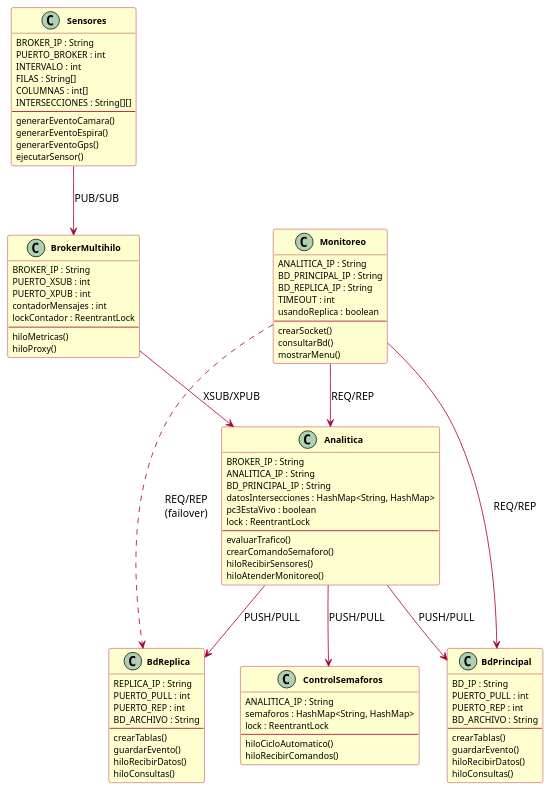
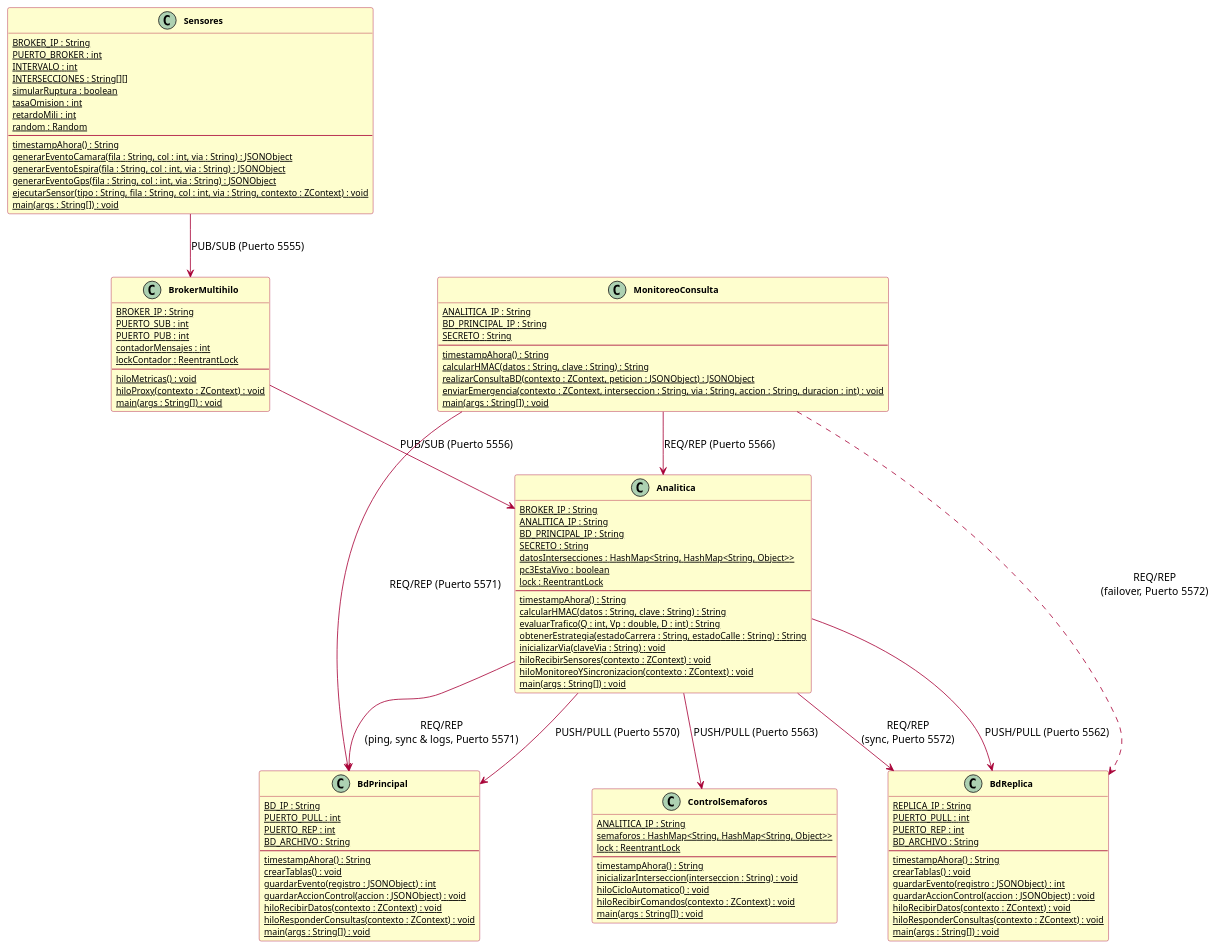
The diagram in diagramas/diagrama_clases.puml (Miguel4950/Distibuidos-Proyecto-1), drawn with PlantUML before and after one commit. The commit also changed 16 other files, not shown here.

Commit message:
update java source code diagrams and readme for delivery 2

```diff
--- a/diagramas/diagrama_clases.puml
+++ b/diagramas/diagrama_clases.puml
@@ -1,115 +1,137 @@
 @startuml diagrama_clases
 
 skinparam classAttributeIconSize 0
 skinparam classFontSize 13
 skinparam classAttributeFontSize 11
 skinparam classFontStyle bold
 skinparam backgroundColor white
 skinparam class {
     BackgroundColor #FEFECE
     BorderColor #A80036
     ArrowColor #A80036
 }
 
 ' ===================== PC1 =====================
 
 class Sensores {
-    BROKER_IP : String
-    PUERTO_BROKER : int
-    INTERVALO : int
-    FILAS : String[]
-    COLUMNAS : int[]
-    INTERSECCIONES : String[][]
+    {static} BROKER_IP : String
+    {static} PUERTO_BROKER : int
+    {static} INTERVALO : int
+    {static} INTERSECCIONES : String[][]
+    {static} simularRuptura : boolean
+    {static} tasaOmision : int
+    {static} retardoMili : int
+    {static} random : Random
     --
-    generarEventoCamara()
-    generarEventoEspira()
-    generarEventoGps()
-    ejecutarSensor()
+    {static} timestampAhora() : String
+    {static} generarEventoCamara(fila : String, col : int, via : String) : JSONObject
+    {static} generarEventoEspira(fila : String, col : int, via : String) : JSONObject
+    {static} generarEventoGps(fila : String, col : int, via : String) : JSONObject
+    {static} ejecutarSensor(tipo : String, fila : String, col : int, via : String, contexto : ZContext) : void
+    {static} main(args : String[]) : void
 }
 
 class BrokerMultihilo {
-    BROKER_IP : String
-    PUERTO_XSUB : int
-    PUERTO_XPUB : int
-    contadorMensajes : int
-    lockContador : ReentrantLock
+    {static} BROKER_IP : String
+    {static} PUERTO_SUB : int
+    {static} PUERTO_PUB : int
+    {static} contadorMensajes : int
+    {static} lockContador : ReentrantLock
     --
-    hiloMetricas()
-    hiloProxy()
+    {static} hiloMetricas() : void
+    {static} hiloProxy(contexto : ZContext) : void
+    {static} main(args : String[]) : void
 }
 
 ' ===================== PC2 =====================
 
 class Analitica {
-    BROKER_IP : String
-    ANALITICA_IP : String
-    BD_PRINCIPAL_IP : String
-    datosIntersecciones : HashMap<String, HashMap>
-    pc3EstaVivo : boolean
-    lock : ReentrantLock
+    {static} BROKER_IP : String
+    {static} ANALITICA_IP : String
+    {static} BD_PRINCIPAL_IP : String
+    {static} SECRETO : String
+    {static} datosIntersecciones : HashMap<String, HashMap<String, Object>>
+    {static} pc3EstaVivo : boolean
+    {static} lock : ReentrantLock
     --
-    evaluarTrafico()
-    crearComandoSemaforo()
-    hiloRecibirSensores()
-    hiloAtenderMonitoreo()
+    {static} timestampAhora() : String
+    {static} calcularHMAC(datos : String, clave : String) : String
+    {static} evaluarTrafico(Q : int, Vp : double, D : int) : String
+    {static} obtenerEstrategia(estadoCarrera : String, estadoCalle : String) : String
+    {static} inicializarVia(claveVia : String) : void
+    {static} hiloRecibirSensores(contexto : ZContext) : void
+    {static} hiloMonitoreoYSincronizacion(contexto : ZContext) : void
+    {static} main(args : String[]) : void
 }
 
 class ControlSemaforos {
-    ANALITICA_IP : String
-    semaforos : HashMap<String, HashMap>
-    lock : ReentrantLock
+    {static} ANALITICA_IP : String
+    {static} semaforos : HashMap<String, HashMap<String, Object>>
+    {static} lock : ReentrantLock
     --
-    hiloCicloAutomatico()
-    hiloRecibirComandos()
+    {static} timestampAhora() : String
+    {static} inicializarInterseccion(interseccion : String) : void
+    {static} hiloCicloAutomatico() : void
+    {static} hiloRecibirComandos(contexto : ZContext) : void
+    {static} main(args : String[]) : void
+}
+
+class BdReplica {
+    {static} REPLICA_IP : String
+    {static} PUERTO_PULL : int
+    {static} PUERTO_REP : int
+    {static} BD_ARCHIVO : String
+    --
+    {static} timestampAhora() : String
+    {static} crearTablas() : void
+    {static} guardarEvento(registro : JSONObject) : int
+    {static} guardarAccionControl(accion : JSONObject) : void
+    {static} hiloRecibirDatos(contexto : ZContext) : void
+    {static} hiloResponderConsultas(contexto : ZContext) : void
+    {static} main(args : String[]) : void
 }
 
 ' ===================== PC3 =====================
 
 class BdPrincipal {
-    BD_IP : String
-    PUERTO_PULL : int
-    PUERTO_REP : int
-    BD_ARCHIVO : String
+    {static} BD_IP : String
+    {static} PUERTO_PULL : int
+    {static} PUERTO_REP : int
+    {static} BD_ARCHIVO : String
     --
-    crearTablas()
-    guardarEvento()
-    hiloRecibirDatos()
-    hiloConsultas()
+    {static} timestampAhora() : String
+    {static} crearTablas() : void
+    {static} guardarEvento(registro : JSONObject) : int
+    {static} guardarAccionControl(accion : JSONObject) : void
+    {static} hiloRecibirDatos(contexto : ZContext) : void
+    {static} hiloResponderConsultas(contexto : ZContext) : void
+    {static} main(args : String[]) : void
 }
 
-class BdReplica {
-    REPLICA_IP : String
-    PUERTO_PULL : int
-    PUERTO_REP : int
-    BD_ARCHIVO : String
+class MonitoreoConsulta {
+    {static} ANALITICA_IP : String
+    {static} BD_PRINCIPAL_IP : String
+    {static} SECRETO : String
     --
-    crearTablas()
-    guardarEvento()
-    hiloRecibirDatos()
-    hiloConsultas()
-}
-
-class Monitoreo {
-    ANALITICA_IP : String
-    BD_PRINCIPAL_IP : String
-    BD_REPLICA_IP : String
-    TIMEOUT : int
-    usandoReplica : boolean
-    --
-    crearSocket()
-    consultarBd()
-    mostrarMenu()
+    {static} timestampAhora() : String
+    {static} calcularHMAC(datos : String, clave : String) : String
+    {static} realizarConsultaBD(contexto : ZContext, peticion : JSONObject) : JSONObject
+    {static} enviarEmergencia(contexto : ZContext, interseccion : String, via : String, accion : String, duracion : int) : void
+    {static} main(args : String[]) : void
 }
 
 ' ===================== RELACIONES =====================
 
-Sensores --> BrokerMultihilo : PUB/SUB
-BrokerMultihilo --> Analitica : XSUB/XPUB
-Analitica --> ControlSemaforos : PUSH/PULL
-Analitica --> BdPrincipal : PUSH/PULL
-Analitica --> BdReplica : PUSH/PULL
-Monitoreo --> Analitica : REQ/REP
-Monitoreo --> BdPrincipal : REQ/REP
-Monitoreo ..> BdReplica : REQ/REP\n(failover)
+Sensores --> BrokerMultihilo : PUB/SUB (Puerto 5555)
+BrokerMultihilo --> Analitica : PUB/SUB (Puerto 5556)
+Analitica --> ControlSemaforos : PUSH/PULL (Puerto 5563)
+Analitica --> BdPrincipal : PUSH/PULL (Puerto 5570)
+Analitica --> BdReplica : PUSH/PULL (Puerto 5562)
+MonitoreoConsulta --> Analitica : REQ/REP (Puerto 5566)
+MonitoreoConsulta --> BdPrincipal : REQ/REP (Puerto 5571)
+MonitoreoConsulta ..> BdReplica : REQ/REP\n(failover, Puerto 5572)
+
+Analitica --> BdPrincipal : REQ/REP\n(ping, sync & logs, Puerto 5571)
+Analitica --> BdReplica : REQ/REP\n(sync, Puerto 5572)
 
 @enduml
```
